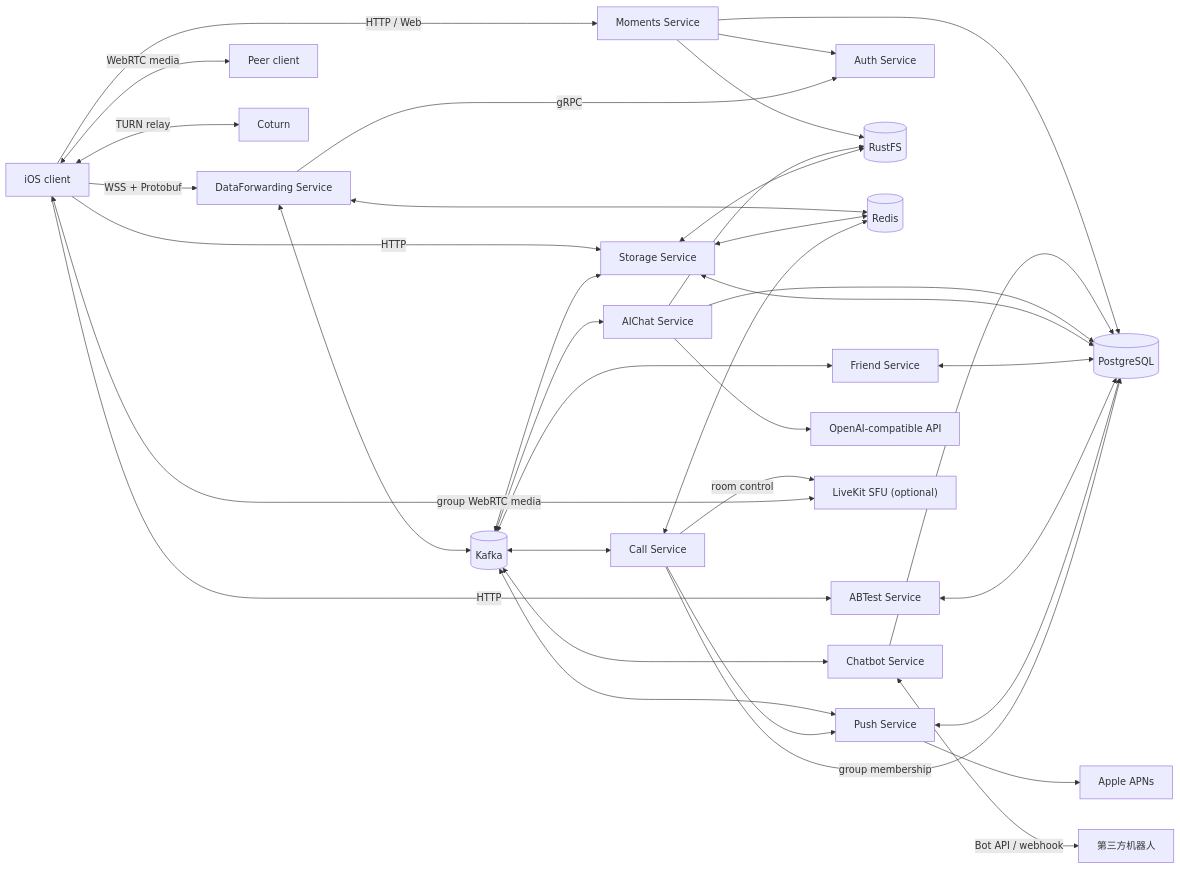
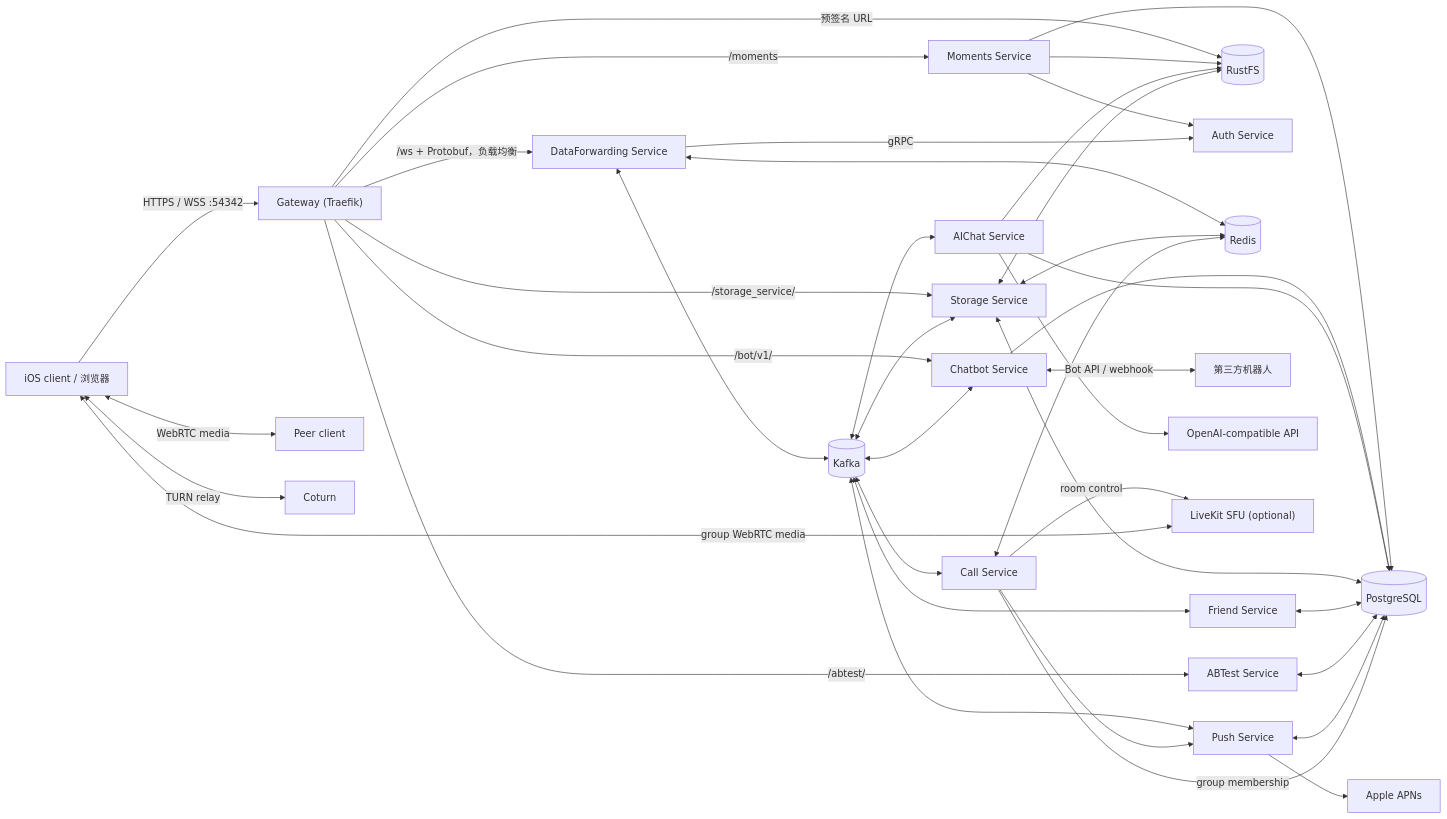
One commit to Voltline/Betterfly2 changed the diagram in README.md. Above: the diagram before and after it, drawn with Mermaid. The commit also changed other lines of this file and 31 other files, not shown here.

````diff
--- a/README.md
+++ b/README.md
@@ -33,38 +33,41 @@
 ```mermaid
 flowchart LR
-    Client["iOS client"] -->|"WSS + Protobuf"| DF["DataForwarding Service"]
-    Client -->|"HTTP"| Storage["Storage Service"]
-    Client -->|"HTTP"| AB["ABTest Service"]
-    Client -->|"HTTP / Web"| Moments["Moments Service"]
+    Client["iOS client / 浏览器"] -->|"HTTPS / WSS :54342"| GW["Gateway (Traefik)"]
+    GW -->|"/ws + Protobuf，负载均衡"| DF["DataForwarding Service"]
+    GW -->|"/storage_service/"| Storage["Storage Service"]
+    GW -->|"/abtest/"| AB["ABTest Service"]
+    GW -->|"/moments"| Moments["Moments Service"]
+    GW -->|"/bot/v1/"| Chatbot
+    GW -->|"预签名 URL"| RustFS
     Moments --> Auth
     Moments --> PG
     Moments --> RustFS
     DF -->|"gRPC"| Auth["Auth Service"]
     DF <--> Redis[(Redis)]
     DF <--> Kafka[(Kafka)]
     Kafka <--> Storage
     Kafka <--> Friend["Friend Service"]
     Kafka <--> Call["Call Service"]
     Kafka <--> Push["Push Service"]
     Kafka <--> Chatbot["Chatbot Service"]
     Chatbot --> PG
     Chatbot <-->|"Bot API / webhook"| Bots["第三方机器人"]
     Kafka <--> AIChat["AIChat Service"]
     AIChat --> PG
     AIChat --> RustFS
     AIChat --> LLM["OpenAI-compatible API"]
     Storage <--> Redis
     Storage <--> PG[(PostgreSQL)]
     Storage <--> RustFS[(RustFS)]
     Friend <--> PG
     AB <--> PG
     Push <--> PG
     Push --> APNs["Apple APNs"]
     Call <--> Redis
     Call -->|"group membership"| PG
     Call -->|"room control"| SFU["LiveKit SFU (optional)"]
     Client <-->|"group WebRTC media"| SFU
     Call --> Push
     Client <-->|"WebRTC media"| Peer["Peer client"]
     Client <-->|"TURN relay"| Coturn["Coturn"]
 ```
````
